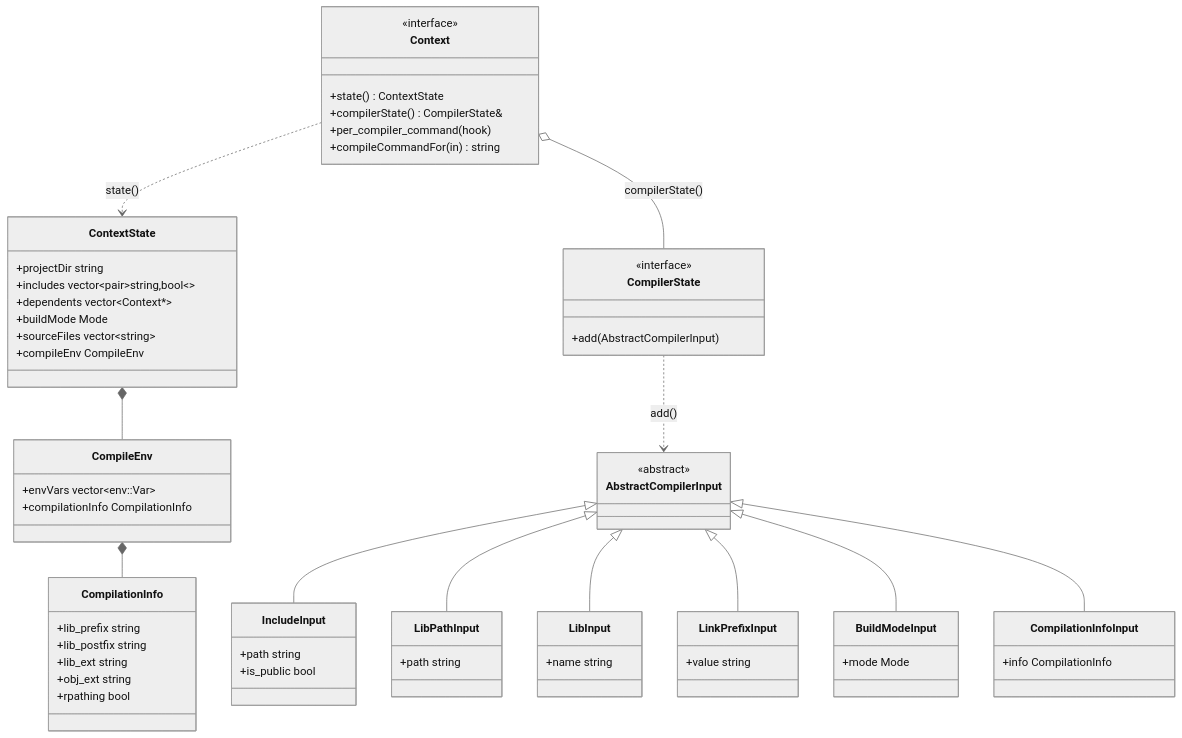
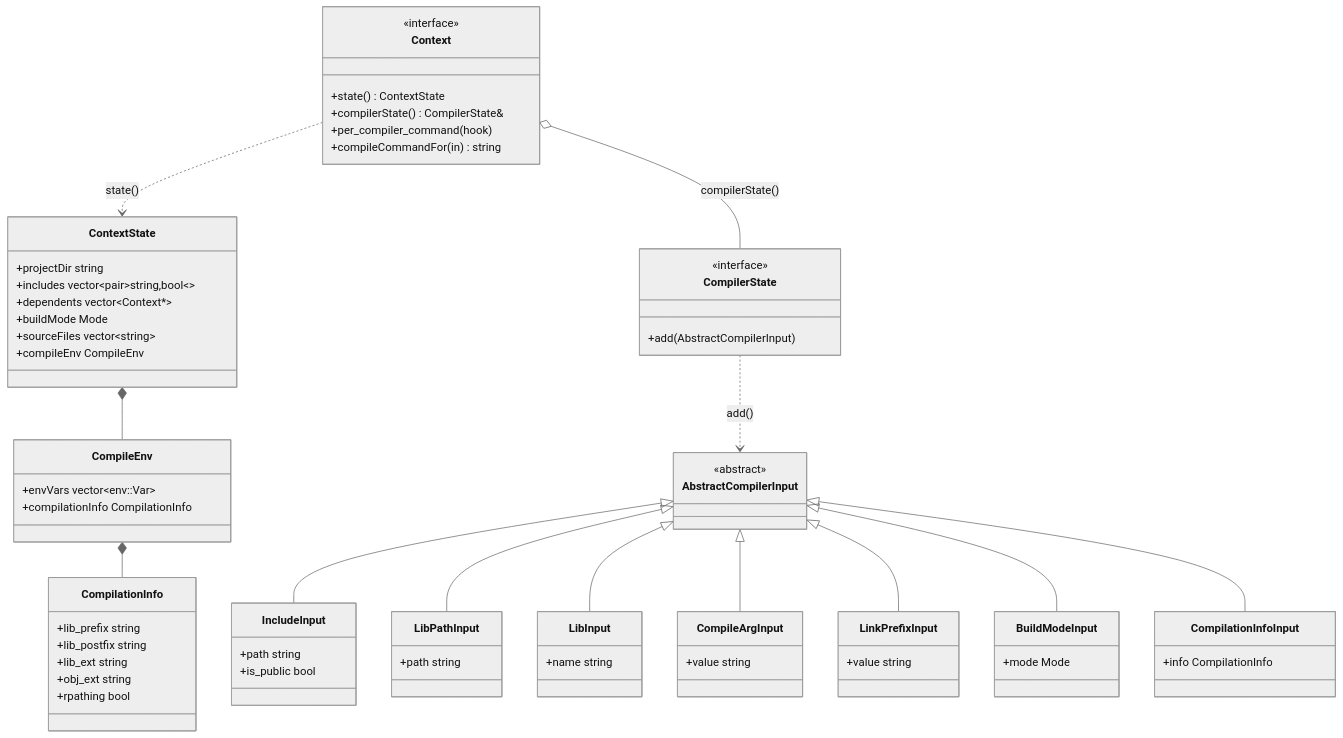
The first of 2 diagrams in doc/mkn/kul/lang/cpp/compiler.md (mkn/mkn.kul), drawn with Mermaid (neutral theme) before and after one commit. The commit also changed other lines of this file and 1 other file, not shown here.

Commit message:
lang: CompileArgInput for modules adding compile args (#98)

````diff
--- a/doc/mkn/kul/lang/cpp/compiler.md
+++ b/doc/mkn/kul/lang/cpp/compiler.md
@@ -9,58 +9,60 @@
 ```mermaid
 classDiagram
   class Context {
     <<interface>>
     +state() ContextState
     +compilerState() CompilerState&
     +per_compiler_command(hook)
     +compileCommandFor(in) string
   }
   class CompilerState {
     <<interface>>
     +add(AbstractCompilerInput)
   }
   class ContextState {
     +projectDir string
     +includes vector~pair~string,bool~~
     +dependents vector~Context*~
     +buildMode Mode
     +sourceFiles vector~string~
     +compileEnv CompileEnv
   }
   class CompileEnv {
     +envVars vector~env::Var~
     +compilationInfo CompilationInfo
   }
   class CompilationInfo {
     +lib_prefix string
     +lib_postfix string
     +lib_ext string
     +obj_ext string
     +rpathing bool
   }
   class AbstractCompilerInput {
     <<abstract>>
   }
   class IncludeInput {
     +path string
     +is_public bool
   }
   class LibPathInput { +path string }
   class LibInput { +name string }
+  class CompileArgInput { +value string }
   class LinkPrefixInput { +value string }
   class BuildModeInput { +mode Mode }
   class CompilationInfoInput { +info CompilationInfo }
 
   AbstractCompilerInput <|-- IncludeInput
   AbstractCompilerInput <|-- LibPathInput
   AbstractCompilerInput <|-- LibInput
+  AbstractCompilerInput <|-- CompileArgInput
   AbstractCompilerInput <|-- LinkPrefixInput
   AbstractCompilerInput <|-- BuildModeInput
   AbstractCompilerInput <|-- CompilationInfoInput
 
   Context ..> ContextState : state()
   Context o-- CompilerState : compilerState()
   CompilerState ..> AbstractCompilerInput : add()
   ContextState *-- CompileEnv
   CompileEnv *-- CompilationInfo
 ```
````
